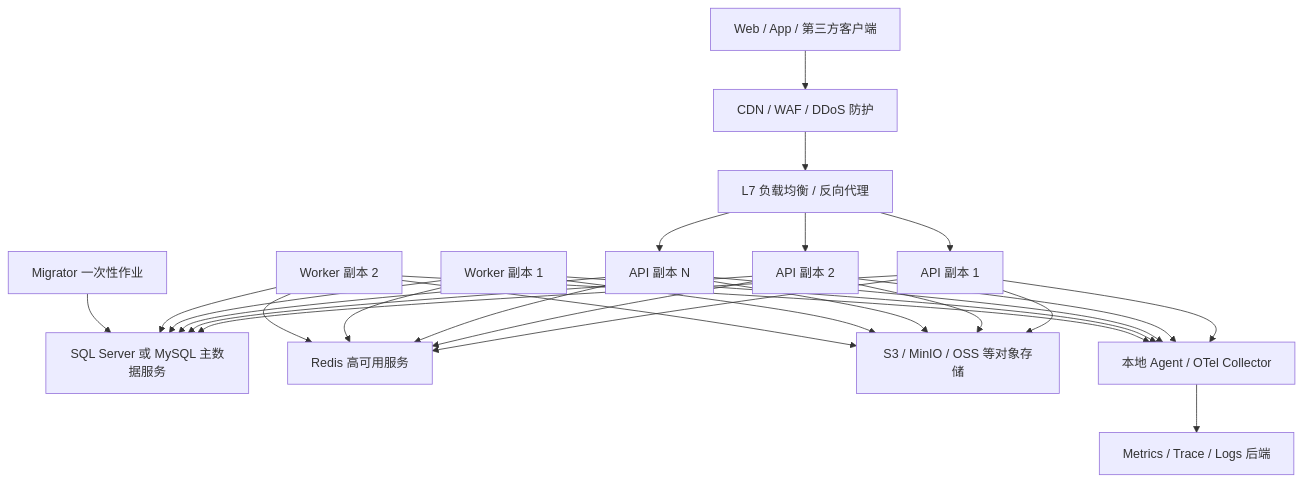
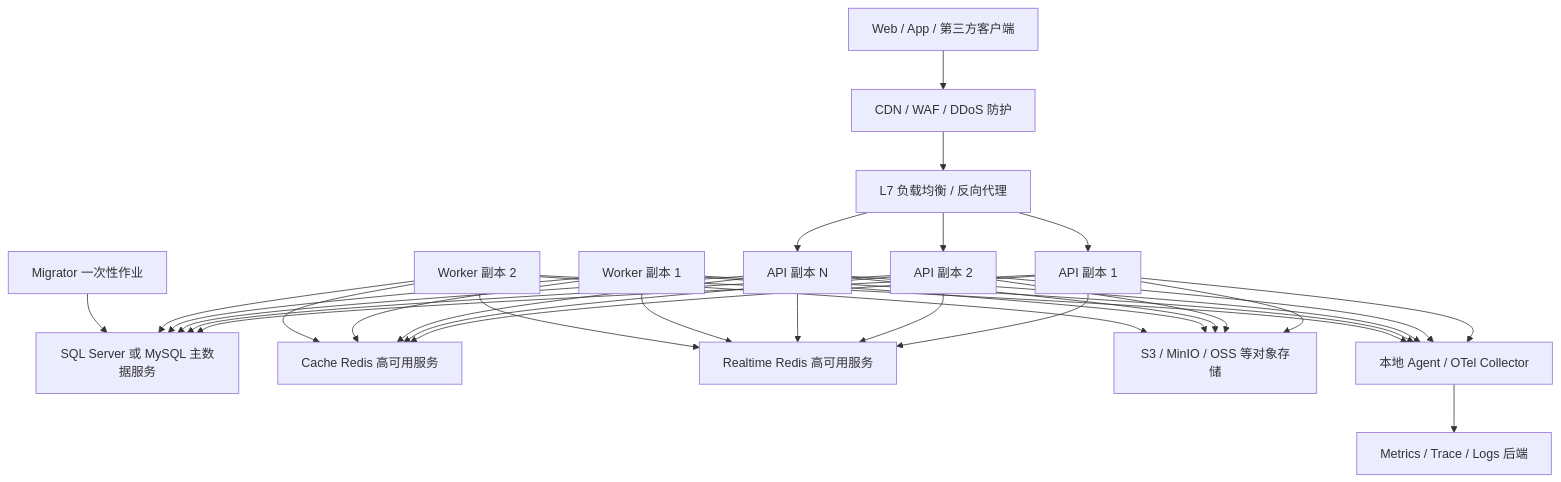
The diagram in docs/verification/high-concurrency-modular-monolith-multi-instance-assessment-2026-08-01.md (yan041108/Full.NET), drawn with Mermaid before and after one commit. The commit also changed other lines of this file and 13 other files, not shown here.

Commit message:
docs(architecture): seal high-concurrency production baseline

````diff
--- a/docs/verification/high-concurrency-modular-monolith-multi-instance-assessment-2026-08-01.md
+++ b/docs/verification/high-concurrency-modular-monolith-multi-instance-assessment-2026-08-01.md
@@ -48,37 +53,42 @@
 ```mermaid
 flowchart TB
     U["Web / App / 第三方客户端"] --> E["CDN / WAF / DDoS 防护"]
     E --> L["L7 负载均衡 / 反向代理"]
 
     L --> A1["API 副本 1"]
     L --> A2["API 副本 2"]
     L --> AN["API 副本 N"]
 
     A1 --> DB["SQL Server 或 MySQL 主数据服务"]
     A2 --> DB
     AN --> DB
 
-    A1 --> R["Redis 高可用服务"]
-    A2 --> R
-    AN --> R
+    A1 --> RC["Cache Redis 高可用服务"]
+    A2 --> RC
+    AN --> RC
+    A1 --> RR["Realtime Redis 高可用服务"]
+    A2 --> RR
+    AN --> RR
 
     A1 --> O["S3 / MinIO / OSS 等对象存储"]
     A2 --> O
     AN --> O
 
     W1["Worker 副本 1"] --> DB
     W2["Worker 副本 2"] --> DB
-    W1 --> R
-    W2 --> R
+    W1 --> RC
+    W2 --> RC
+    W1 --> RR
+    W2 --> RR
     W1 --> O
     W2 --> O
 
     M["Migrator 一次性作业"] --> DB
 
     A1 --> T["本地 Agent / OTel Collector"]
     A2 --> T
     AN --> T
     W1 --> T
     W2 --> T
     T --> OBS["Metrics / Trace / Logs 后端"]
 ```
````
